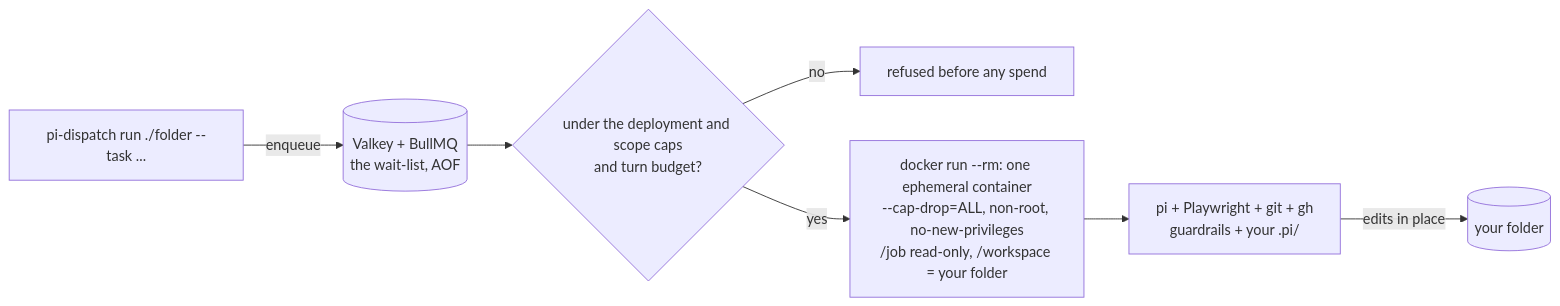
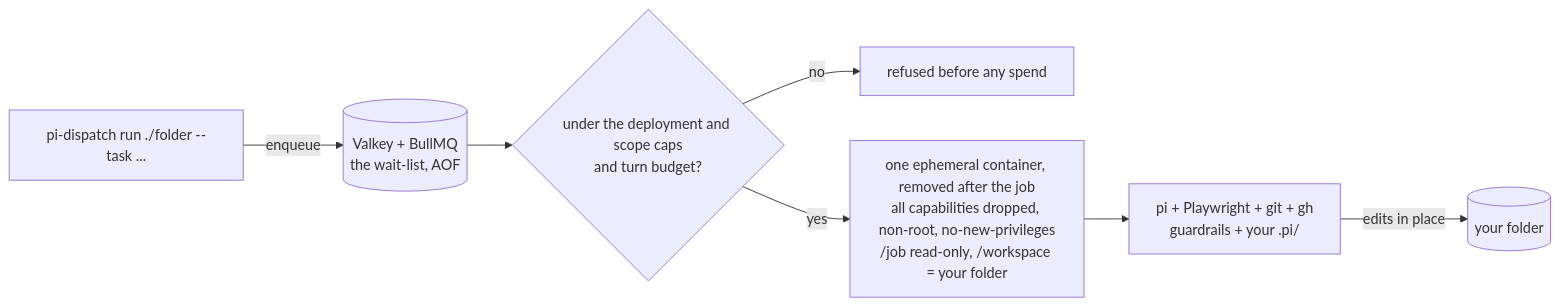
Before and after one commit to edgehero/pi-dispatch: the diagram in README.md, drawn with Mermaid. The commit also changed other lines of this file and 18 other files, not shown here.

````diff
--- a/README.md
+++ b/README.md
@@ -468,9 +268,9 @@
 ```mermaid
 flowchart LR
   CLI["pi-dispatch run ./folder --task ..."] -->|enqueue| Q[("Valkey + BullMQ<br/>the wait-list, AOF")]
   Q --> B{"under the deployment and scope caps<br/>and turn budget?"}
   B -->|no| STOP["refused before any spend"]
-  B -->|yes| C["docker run --rm: one ephemeral container<br/>--cap-drop=ALL, non-root, no-new-privileges<br/>/job read-only, /workspace = your folder"]
+  B -->|yes| C["one ephemeral container, removed after the job<br/>all capabilities dropped, non-root, no-new-privileges<br/>/job read-only, /workspace = your folder"]
   C --> PI["pi + Playwright + git + gh<br/>guardrails + your .pi/"]
   PI -->|"edits in place"| F[("your folder")]
 ```
````
